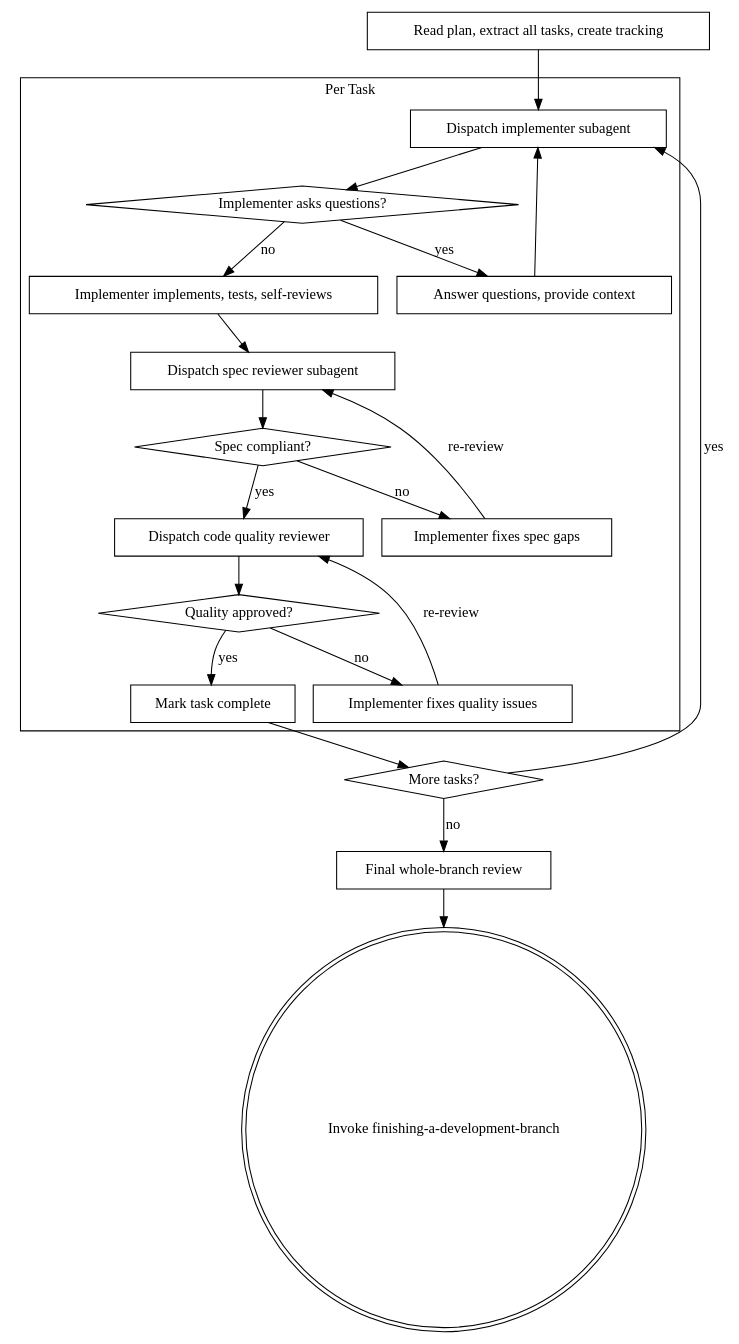
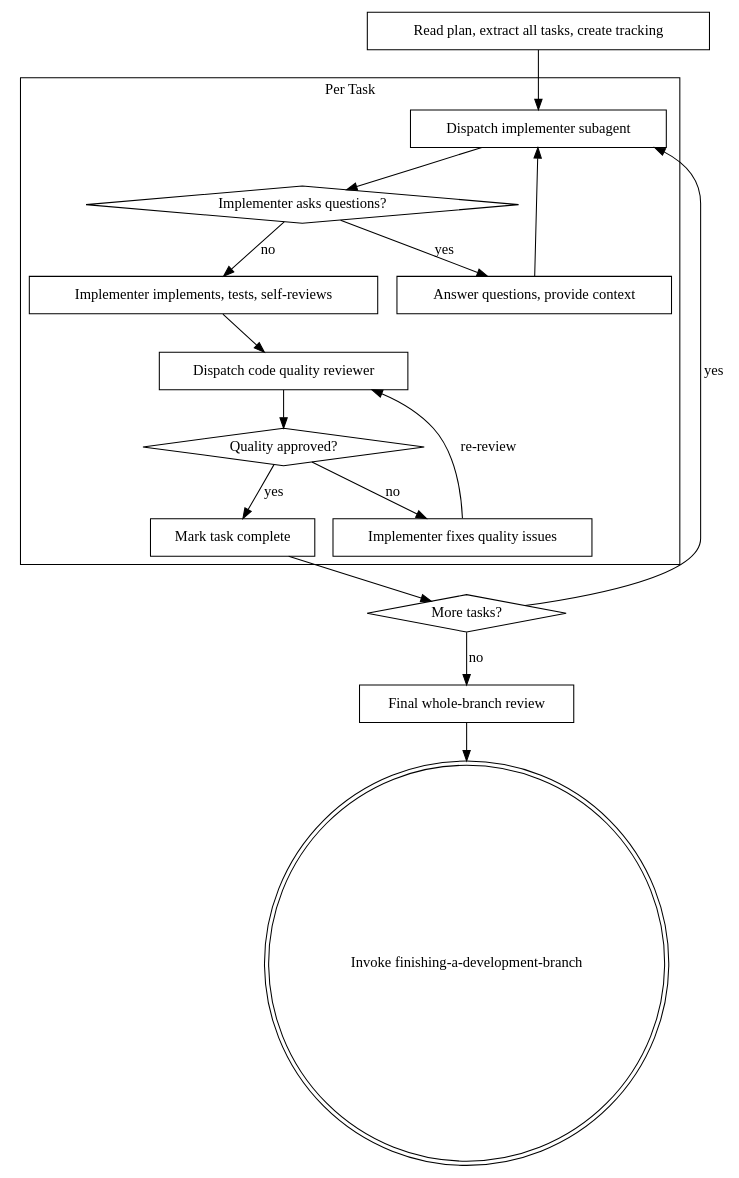
Before and after one commit to chankh70/superpowers-optimized: the diagram in skills/subagent-driven-development/SKILL.md, drawn with Graphviz. The commit also changed other lines of this file and 3 other files, not shown here.

````diff
--- a/skills/subagent-driven-development/SKILL.md
+++ b/skills/subagent-driven-development/SKILL.md
@@ -20,44 +20,37 @@
 ```dot
 digraph sdd_process {
     rankdir=TB;
 
     subgraph cluster_per_task {
         label="Per Task";
         "Dispatch implementer subagent" [shape=box];
         "Implementer asks questions?" [shape=diamond];
         "Answer questions, provide context" [shape=box];
         "Implementer implements, tests, self-reviews" [shape=box];
-        "Dispatch spec reviewer subagent" [shape=box];
-        "Spec compliant?" [shape=diamond];
-        "Implementer fixes spec gaps" [shape=box];
         "Dispatch code quality reviewer" [shape=box];
         "Quality approved?" [shape=diamond];
         "Implementer fixes quality issues" [shape=box];
         "Mark task complete" [shape=box];
     }
 
     "Read plan, extract all tasks, create tracking" [shape=box];
     "More tasks?" [shape=diamond];
     "Final whole-branch review" [shape=box];
     "Invoke finishing-a-development-branch" [shape=doublecircle];
 
     "Read plan, extract all tasks, create tracking" -> "Dispatch implementer subagent";
     "Dispatch implementer subagent" -> "Implementer asks questions?";
     "Implementer asks questions?" -> "Answer questions, provide context" [label="yes"];
     "Answer questions, provide context" -> "Dispatch implementer subagent";
     "Implementer asks questions?" -> "Implementer implements, tests, self-reviews" [label="no"];
-    "Implementer implements, tests, self-reviews" -> "Dispatch spec reviewer subagent";
-    "Dispatch spec reviewer subagent" -> "Spec compliant?";
-    "Spec compliant?" -> "Implementer fixes spec gaps" [label="no"];
-    "Implementer fixes spec gaps" -> "Dispatch spec reviewer subagent" [label="re-review"];
-    "Spec compliant?" -> "Dispatch code quality reviewer" [label="yes"];
+    "Implementer implements, tests, self-reviews" -> "Dispatch code quality reviewer";
     "Dispatch code quality reviewer" -> "Quality approved?";
     "Quality approved?" -> "Implementer fixes quality issues" [label="no"];
     "Implementer fixes quality issues" -> "Dispatch code quality reviewer" [label="re-review"];
     "Quality approved?" -> "Mark task complete" [label="yes"];
     "Mark task complete" -> "More tasks?";
     "More tasks?" -> "Dispatch implementer subagent" [label="yes"];
     "More tasks?" -> "Final whole-branch review" [label="no"];
     "Final whole-branch review" -> "Invoke finishing-a-development-branch";
 }
 ```
````
